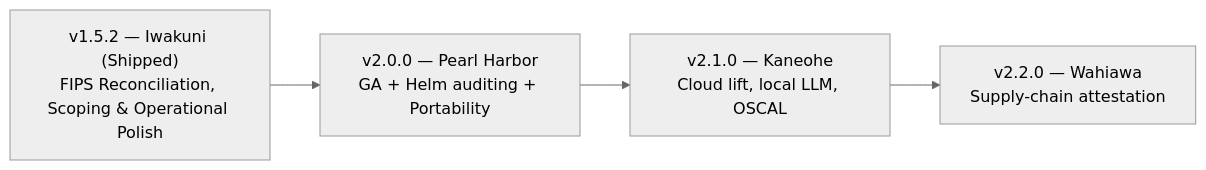
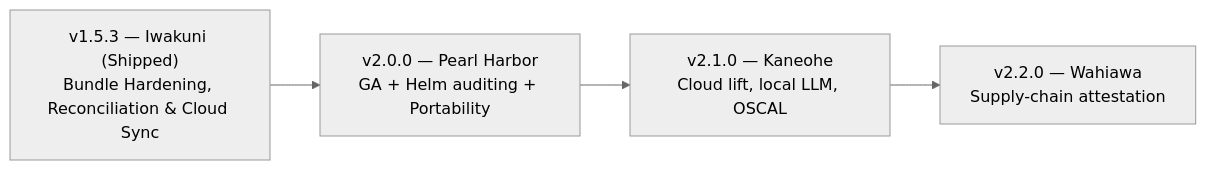
The diagram in hygiene/ROADMAP.md (eodartintlabs-hue/grc-xmini-public), drawn with Mermaid (neutral theme) before and after one commit. The commit also changed other lines of this file and 18 other files, not shown here.

````diff
--- a/hygiene/ROADMAP.md
+++ b/hygiene/ROADMAP.md
@@ -30,6 +30,6 @@
 ```mermaid
 flowchart LR
-    I["v1.5.2 — Iwakuni (Shipped)<br/>FIPS Reconciliation, Scoping & Operational Polish"] --> B["v2.0.0 — Pearl Harbor<br/>GA + Helm auditing + Portability"]
+    I["v1.5.3 — Iwakuni (Shipped)<br/>Bundle Hardening, Reconciliation & Cloud Sync"] --> B["v2.0.0 — Pearl Harbor<br/>GA + Helm auditing + Portability"]
     B --> C["v2.1.0 — Kaneohe<br/>Cloud lift, local LLM, OSCAL"]
     C --> D["v2.2.0 — Wahiawa<br/>Supply-chain attestation"]
 ```
````
